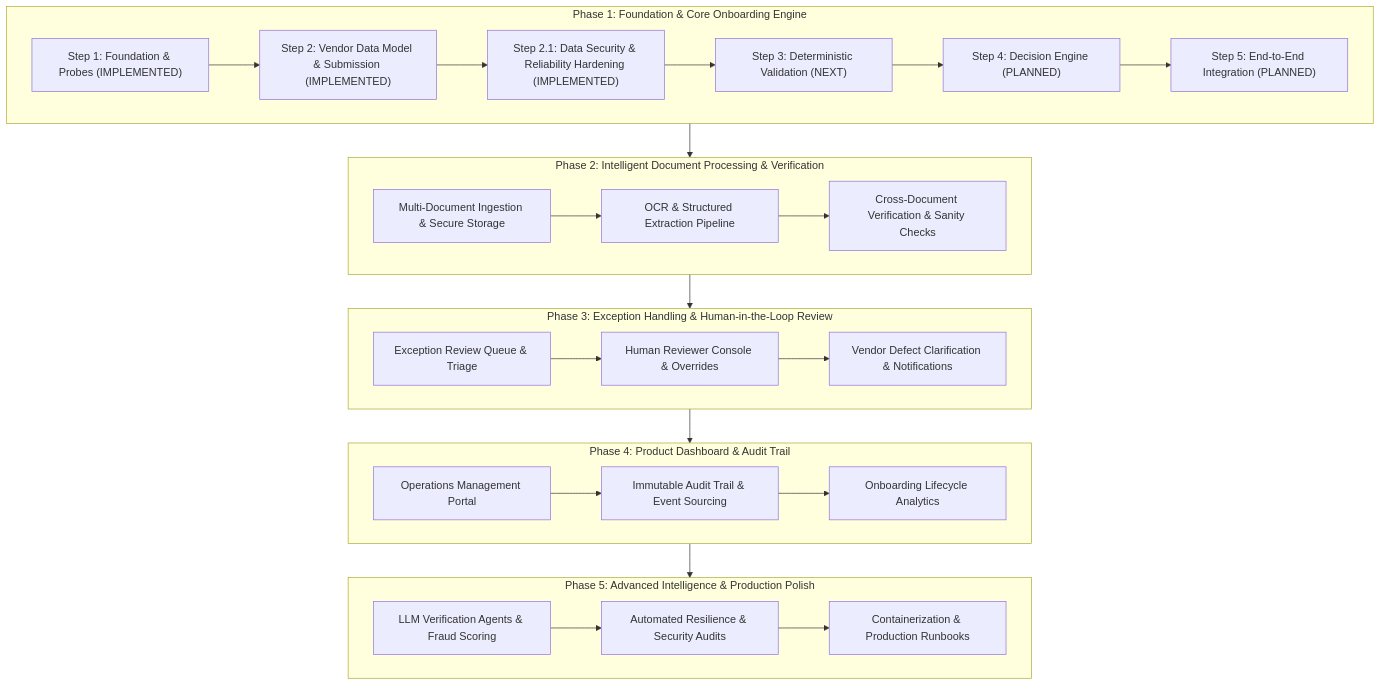
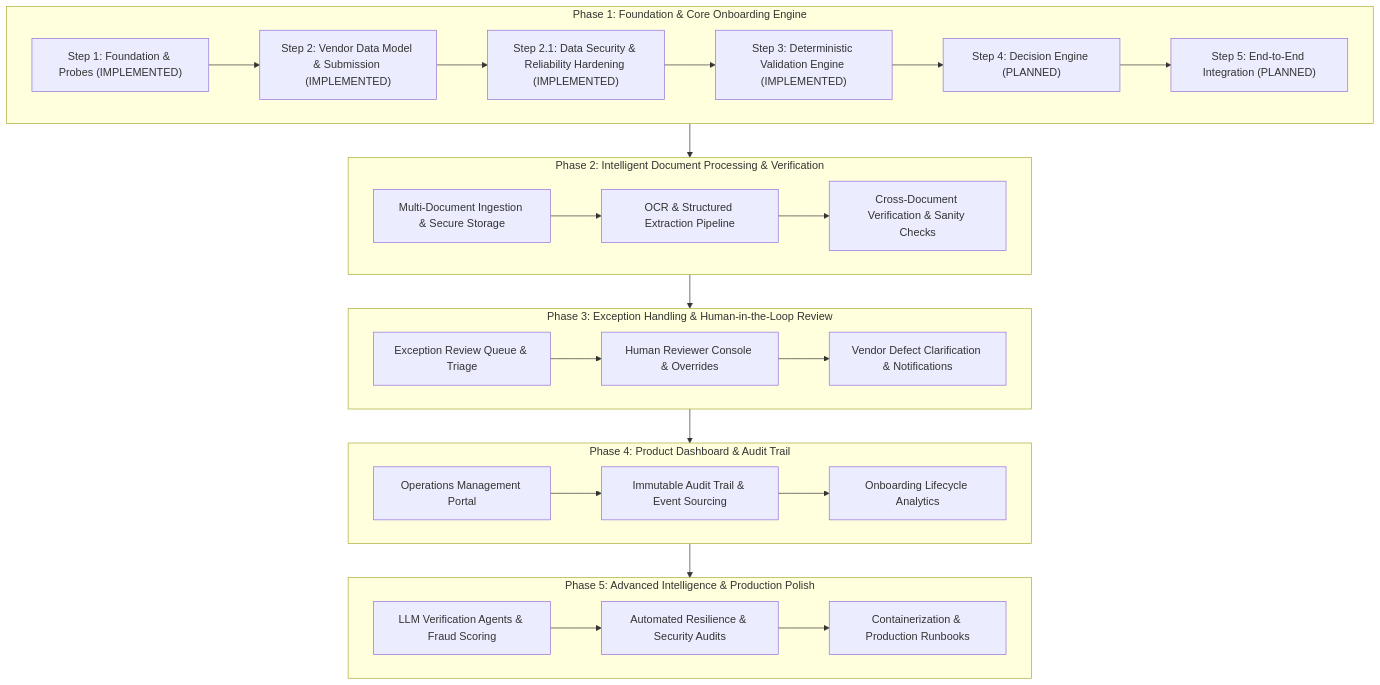
One commit to Tocoung/Zamp changed the diagram in docs/architecture.md. Above: the diagram before and after it, drawn with Mermaid. The commit also changed other lines of this file and 20 other files, not shown here.

Commit message:
feat(step3): implement deterministic validation engine

````diff
--- a/docs/architecture.md
+++ b/docs/architecture.md
@@ -197,35 +229,35 @@
 ```mermaid
 flowchart TD
     subgraph P1["Phase 1: Foundation & Core Onboarding Engine"]
         F1["Step 1: Foundation & Probes (IMPLEMENTED)"] --> F2["Step 2: Vendor Data Model & Submission (IMPLEMENTED)"]
         F2 --> F2_1["Step 2.1: Data Security & Reliability Hardening (IMPLEMENTED)"]
-        F2_1 --> F3["Step 3: Deterministic Validation (NEXT)"]
+        F2_1 --> F3["Step 3: Deterministic Validation Engine (IMPLEMENTED)"]
         F3 --> F4["Step 4: Decision Engine (PLANNED)"]
         F4 --> F5["Step 5: End-to-End Integration (PLANNED)"]
     end
 
     subgraph P2["Phase 2: Intelligent Document Processing & Verification"]
         D1["Multi-Document Ingestion & Secure Storage"] --> D2["OCR & Structured Extraction Pipeline"]
         D2 --> D3["Cross-Document Verification & Sanity Checks"]
     end
 
     subgraph P3["Phase 3: Exception Handling & Human-in-the-Loop Review"]
         E1["Exception Review Queue & Triage"] --> E2["Human Reviewer Console & Overrides"]
         E2 --> E3["Vendor Defect Clarification & Notifications"]
     end
 
     subgraph P4["Phase 4: Product Dashboard & Audit Trail"]
         U1["Operations Management Portal"] --> U2["Immutable Audit Trail & Event Sourcing"]
         U2 --> U3["Onboarding Lifecycle Analytics"]
     end
 
     subgraph P5["Phase 5: Advanced Intelligence & Production Polish"]
         A1["LLM Verification Agents & Fraud Scoring"] --> A2["Automated Resilience & Security Audits"]
         A2 --> A3["Containerization & Production Runbooks"]
     end
 
     P1 --> P2
     P2 --> P3
     P3 --> P4
     P4 --> P5
 ```
````
